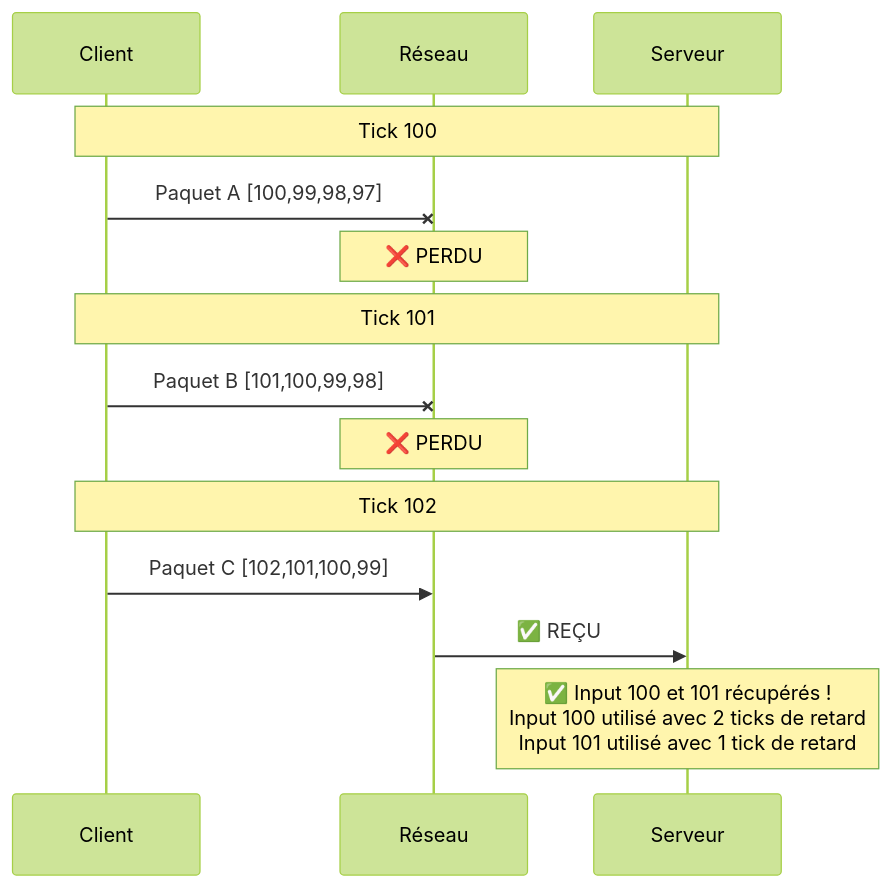
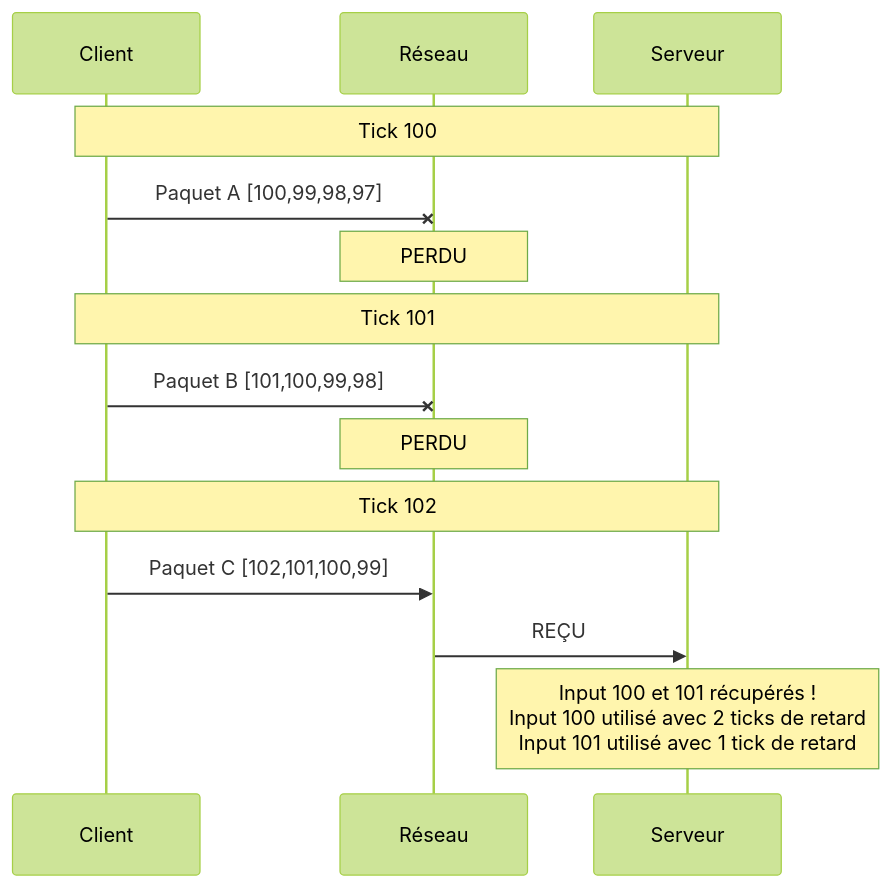
One commit to stefanmoisoiu/MouvementServerAuthoritatif-UnityNGO changed the ninth of 13 diagrams in README.md. Above: the diagram before and after it, drawn with Mermaid (forest theme). The commit also changed other lines of this file, not shown here.

````diff
--- a/README.md
+++ b/README.md
@@ -348,20 +348,20 @@
 ```mermaid
 sequenceDiagram
     participant Client
     participant Network as Réseau
     participant Server as Serveur
     
     Note over Client,Server: Tick 100
     Client-xNetwork: Paquet A [100,99,98,97]
-    Note over Network: ❌ PERDU
+    Note over Network: PERDU
     
     Note over Client,Server: Tick 101
     Client-xNetwork: Paquet B [101,100,99,98]
-    Note over Network: ❌ PERDU
+    Note over Network: PERDU
     
     Note over Client,Server: Tick 102
     Client->>Network: Paquet C [102,101,100,99]
-    Network->>Server: ✅ REÇU
+    Network->>Server: REÇU
     
-    Note over Server: ✅ Input 100 et 101 récupérés !<br/>Input 100 utilisé avec 2 ticks de retard<br/>Input 101 utilisé avec 1 tick de retard
+    Note over Server: Input 100 et 101 récupérés !<br/>Input 100 utilisé avec 2 ticks de retard<br/>Input 101 utilisé avec 1 tick de retard
 ```
````
